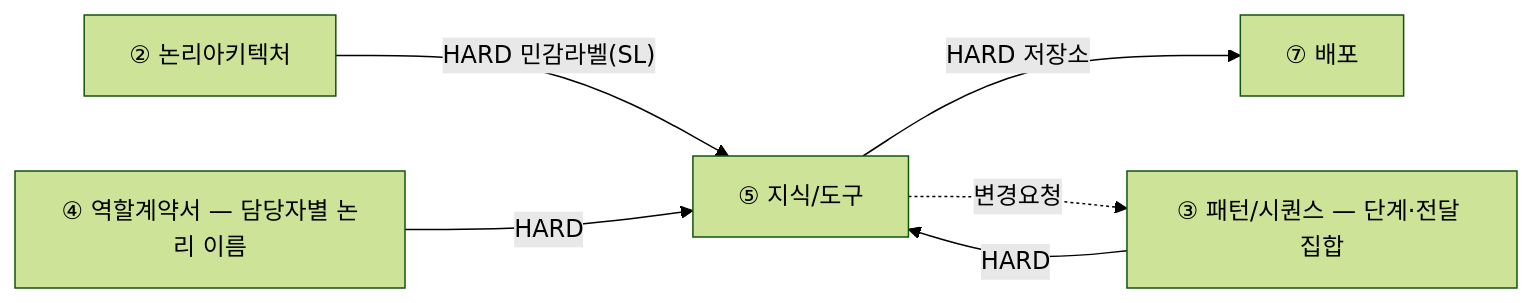
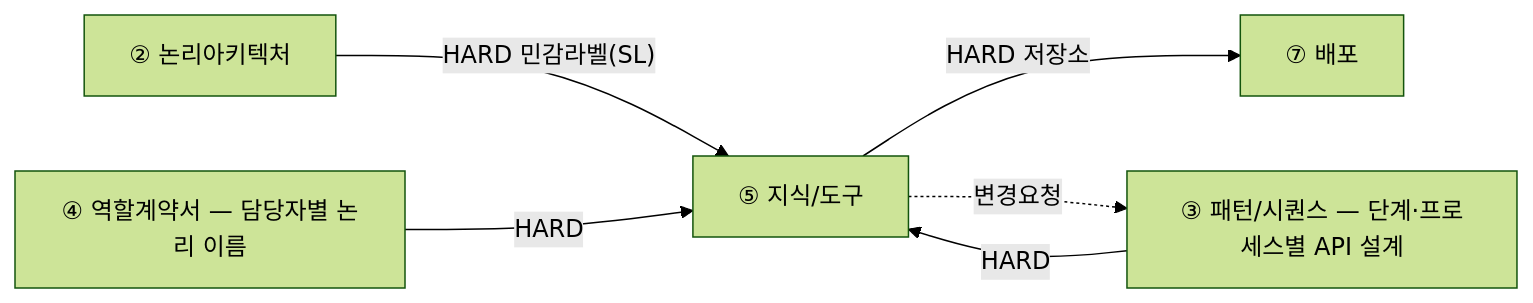
One commit to unicorn-campus/unicorn-skills changed the diagram in design-architecture/guides/05-지식도구설계-가이드.md. Above: the diagram before and after it, drawn with Mermaid (forest theme). The commit also changed other lines of this file and 6 other files, not shown here.

````diff
--- a/design-architecture/guides/05-지식도구설계-가이드.md
+++ b/design-architecture/guides/05-지식도구설계-가이드.md
@@ -16,9 +16,9 @@
 ```mermaid
 flowchart LR
   P5["⑤ 지식/도구"]
   P2["② 논리아키텍처"] -->|"HARD 민감라벨(SL)"| P5
-  P3["③ 패턴/시퀀스 — 단계·전달 집합"] -->|"HARD"| P5
+  P3["③ 패턴/시퀀스 — 단계·프로세스별 API 설계"] -->|"HARD"| P5
   P4["④ 역할계약서 — 담당자별 논리 이름"] -->|"HARD"| P5
   P5 -->|"HARD 저장소"| P7["⑦ 배포"]
   P5 -.변경요청.-> P3
 ```
````
